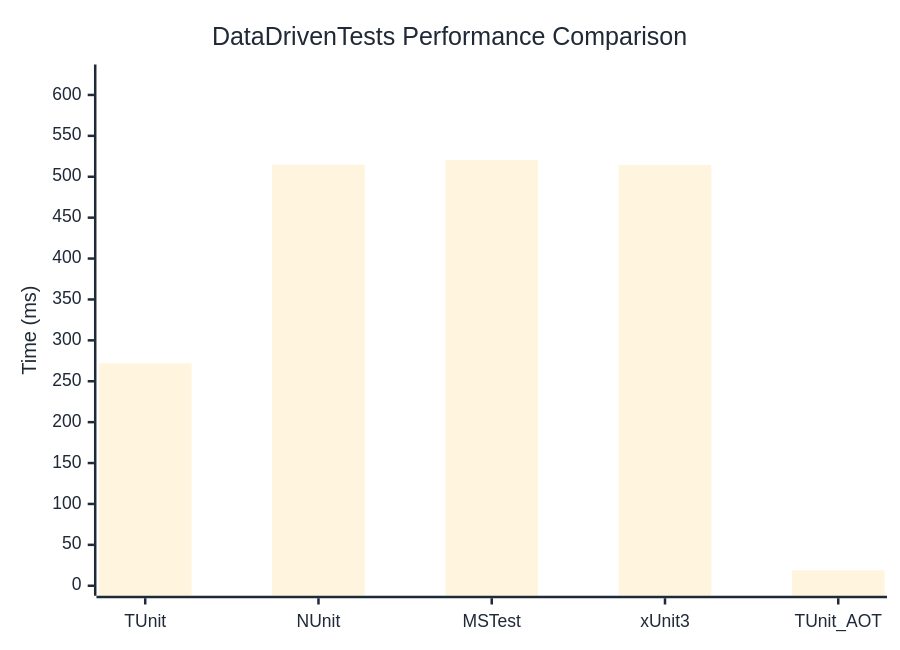
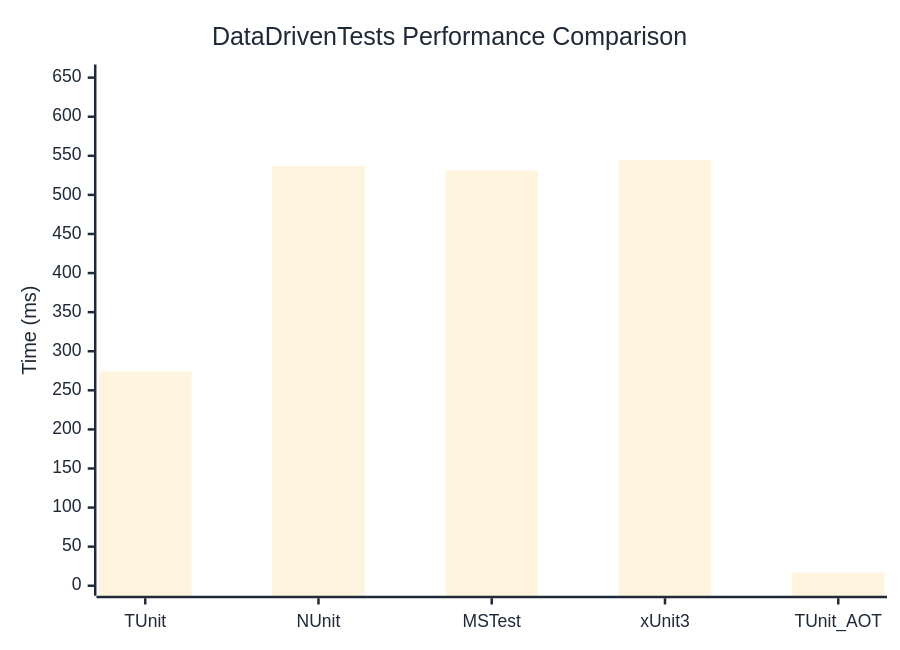
The diagram in docs/docs/benchmarks/engine/DataDrivenTests.md (thomhurst/TUnit), drawn with Mermaid before and after one commit. The commit also changed other lines of this file and 17 other files, not shown here.

````diff
--- a/docs/docs/benchmarks/engine/DataDrivenTests.md
+++ b/docs/docs/benchmarks/engine/DataDrivenTests.md
@@ -29,37 +29,37 @@
 ```mermaid
 %%{init: {
   'theme':'base',
   'themeVariables': {
     'primaryColor': '#2563eb',
     'primaryTextColor': '#1f2937',
     'primaryBorderColor': '#1e40af',
     'lineColor': '#6b7280',
     'secondaryColor': '#7c3aed',
     'tertiaryColor': '#dc2626',
     'background': '#ffffff',
     'mainBkg': '#2563eb',
     'secondBkg': '#7c3aed',
     'tertiaryBkg': '#dc2626',
     'clusterBkg': '#f3f4f6',
     'edgeLabelBackground': '#ffffff',
     'tertiaryTextColor': '#1f2937',
     'pie1': '#2563eb',
     'pie2': '#7c3aed',
     'pie3': '#dc2626',
     'pie4': '#f59e0b',
     'pie5': '#10b981',
     'pie6': '#06b6d4',
     'pie7': '#ec4899',
     'pie8': '#6366f1',
     'pie9': '#84cc16',
     'pie10': '#f97316',
     'pie11': '#14b8a6',
     'pie12': '#a855f7'
   }
 }}%%
 xychart-beta
   title "DataDrivenTests Performance Comparison"
   x-axis ["TUnit", "NUnit", "MSTest", "xUnit3", "TUnit_AOT"]
-  y-axis "Time (ms)" 0 --> 625
-  bar [271.89, 514.79, 520.59, 514.41, 18.89]
+  y-axis "Time (ms)" 0 --> 654
+  bar [274.3, 536.93, 531.15, 544.7, 16.79]
 ```
````
